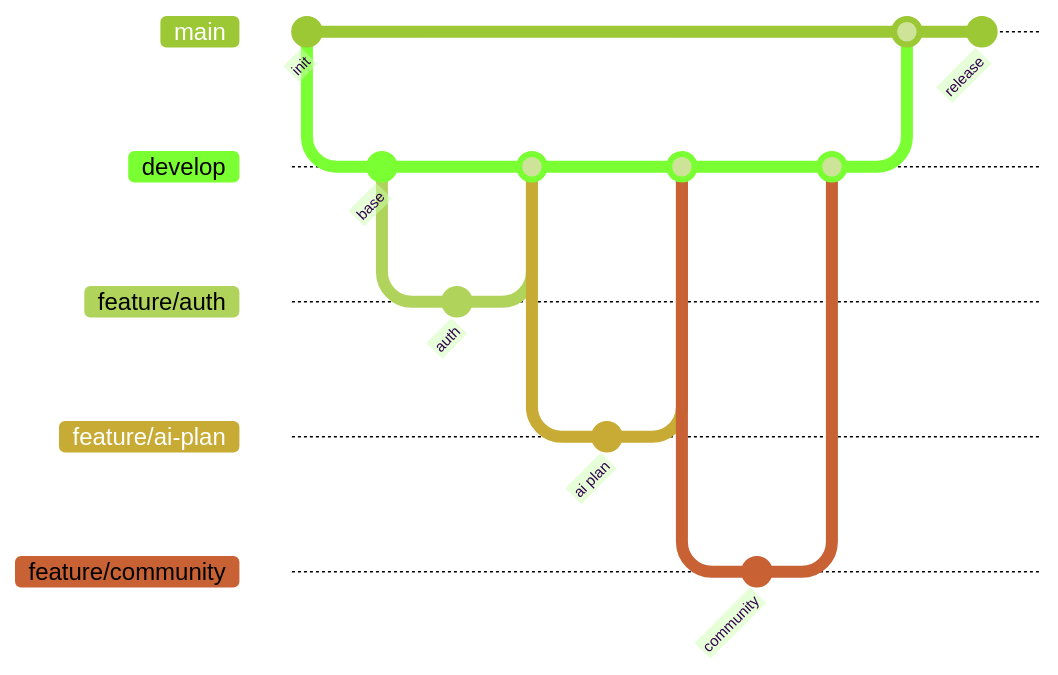
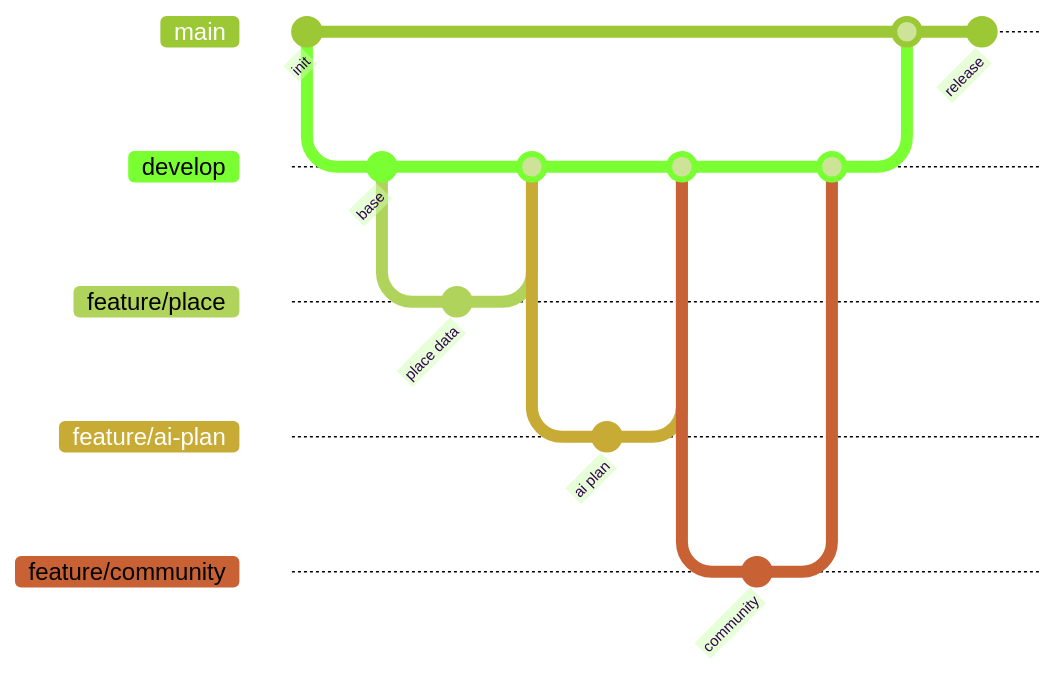
One commit to jaemin-devlog/MoneyWay changed the ninth of 9 diagrams in README.md. Above: the diagram before and after it, drawn with Mermaid (forest theme). The commit also changed other lines of this file, not shown here.

````diff
--- a/README.md
+++ b/README.md
@@ -368,25 +478,25 @@
 ```mermaid
 gitGraph
     commit id: "init"
     branch develop
     checkout develop
     commit id: "base"
-    branch feature/auth
-    checkout feature/auth
-    commit id: "auth"
+    branch feature/place
+    checkout feature/place
+    commit id: "place data"
     checkout develop
-    merge feature/auth
+    merge feature/place
     branch feature/ai-plan
     checkout feature/ai-plan
     commit id: "ai plan"
     checkout develop
     merge feature/ai-plan
     branch feature/community
     checkout feature/community
     commit id: "community"
     checkout develop
     merge feature/community
     checkout main
     merge develop
     commit id: "release"
 ```
````
